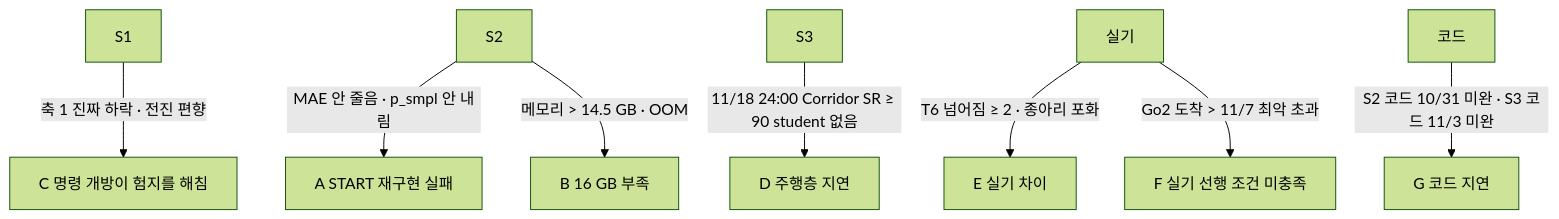
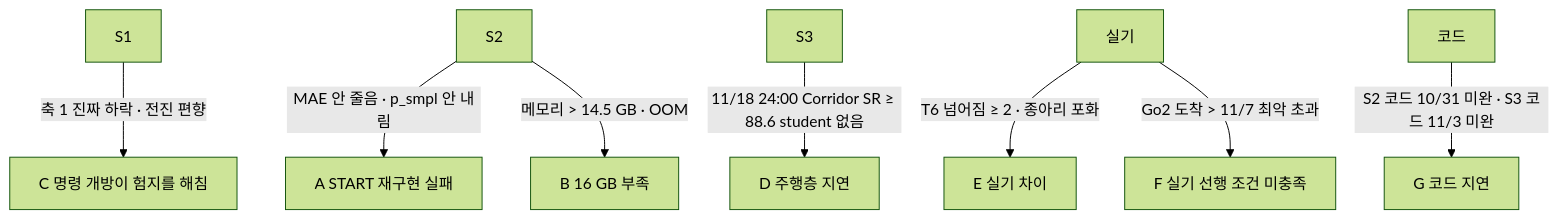
Before and after one commit to foothold-project/foothold-lab: the diagram in inbox/jay/20261019-design/60-SCENARIOS.md, drawn with Mermaid (forest theme). The commit also changed other lines of this file and 20 other files, not shown here.

````diff
--- a/inbox/jay/20261019-design/60-SCENARIOS.md
+++ b/inbox/jay/20261019-design/60-SCENARIOS.md
@@ -15,10 +15,10 @@
 ```mermaid
 flowchart TB
   S1[S1] -->|축 1 진짜 하락 · 전진 편향| C[C 명령 개방이 험지를 해침]
   S2[S2] -->|MAE 안 줄음 · p_smpl 안 내림| A[A START 재구현 실패]
   S2 -->|메모리 > 14.5 GB · OOM| B[B 16 GB 부족]
-  S3[S3] -->|11/18 24:00 Corridor SR ≥ 90 student 없음| D[D 주행층 지연]
+  S3[S3] -->|11/18 24:00 Corridor SR ≥ 88.6 student 없음| D[D 주행층 지연]
   R[실기] -->|T6 넘어짐 ≥ 2 · 종아리 포화| E[E 실기 차이]
   R -->|Go2 도착 > 11/7 최악 초과| F[F 실기 선행 조건 미충족]
   CODE[코드] -->|S2 코드 10/31 미완 · S3 코드 11/3 미완| G[G 코드 지연]
 ```
````
